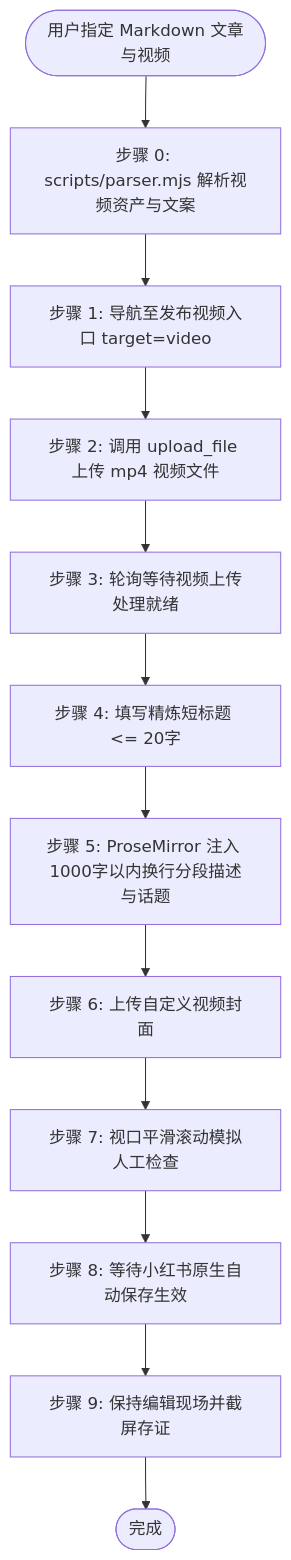
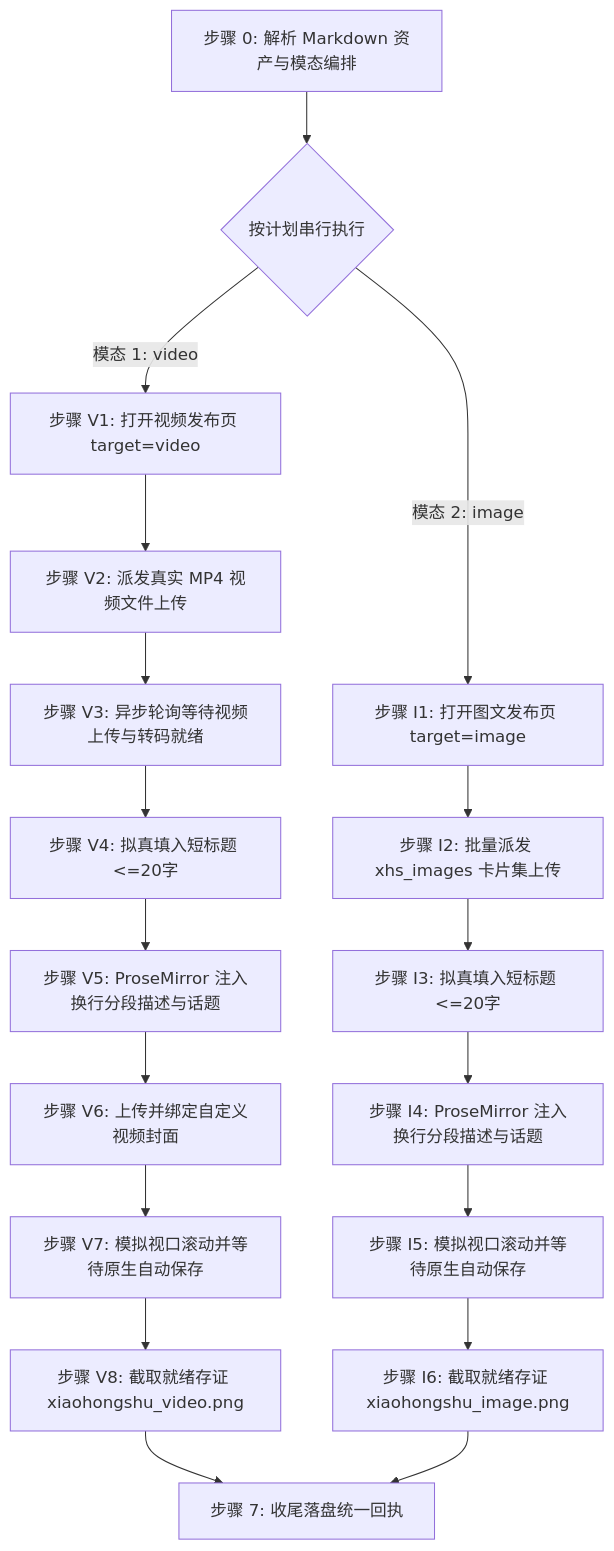
One commit to undsky/doudou-publish-skills changed the diagram in skills/doudou-xiaohongshu/SKILL.md. Above: the diagram before and after it, drawn with Mermaid. The commit also changed other lines of this file and 3 other files, not shown here.

````diff
--- a/skills/doudou-xiaohongshu/SKILL.md
+++ b/skills/doudou-xiaohongshu/SKILL.md
@@ -206,14 +124,23 @@
 ```mermaid
 flowchart TD
-    Start([用户指定 Markdown 文章与视频]) --> Parse[步骤 0: scripts/parser.mjs 解析视频资产与文案]
-    Parse --> Nav[步骤 1: 导航至发布视频入口 target=video]
-    Nav --> Upload[步骤 2: 调用 upload_file 上传 mp4 视频文件]
-    Upload --> Wait[步骤 3: 轮询等待视频上传处理就绪]
-    Wait --> Title[步骤 4: 填写精炼短标题 <= 20字]
-    Title --> Desc[步骤 5: ProseMirror 注入 1000字以内换行分段描述与话题]
-    Desc --> Cover[步骤 6: 上传自定义视频封面]
-    Cover --> Scroll[步骤 7: 视口平滑滚动模拟人工检查]
-    Scroll --> WaitSave[步骤 8: 等待小红书原生自动保存生效]
-    WaitSave --> Proof[步骤 9: 保持编辑现场并截屏存证]
-    Proof --> End([完成])
+    S0[步骤 0: 解析 Markdown 资产与模态编排] --> MP{按计划串行执行}
+
+    MP -->|模态 1: video| V1[步骤 V1: 打开视频发布页 target=video]
+    V1 --> V2[步骤 V2: 派发真实 MP4 视频文件上传]
+    V2 --> V3[步骤 V3: 异步轮询等待视频上传与转码就绪]
+    V3 --> V4[步骤 V4: 拟真填入短标题 <=20字]
+    V4 --> V5[步骤 V5: ProseMirror 注入换行分段描述与话题]
+    V5 --> V6[步骤 V6: 上传并绑定自定义视频封面]
+    V6 --> V7[步骤 V7: 模拟视口滚动并等待原生自动保存]
+    V7 --> V8[步骤 V8: 截取就绪存证 xiaohongshu_video.png]
+
+    MP -->|模态 2: image| I1[步骤 I1: 打开图文发布页 target=image]
+    I1 --> I2[步骤 I2: 批量派发 xhs_images 卡片集上传]
+    I2 --> I3[步骤 I3: 拟真填入短标题 <=20字]
+    I3 --> I4[步骤 I4: ProseMirror 注入换行分段描述与话题]
+    I4 --> I5[步骤 I5: 模拟视口滚动并等待原生自动保存]
+    I5 --> I6[步骤 I6: 截取就绪存证 xiaohongshu_image.png]
+
+    V8 --> R0[步骤 7: 收尾落盘统一回执]
+    I6 --> R0
 ```
````
